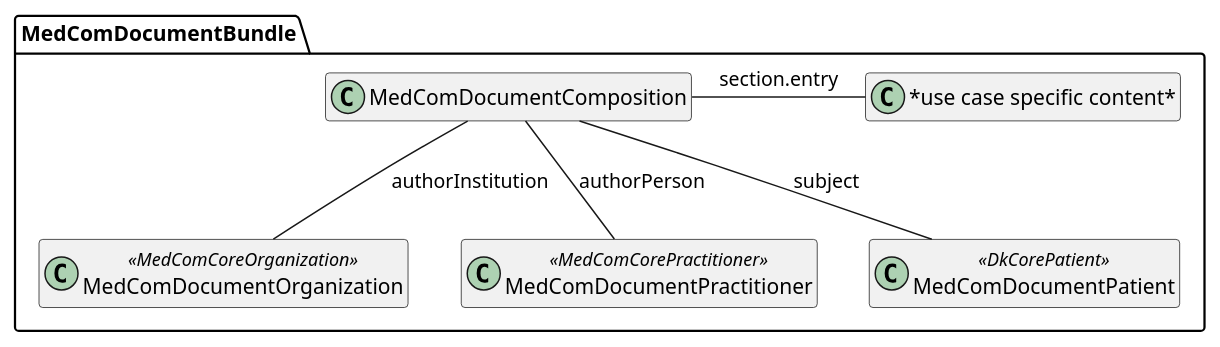
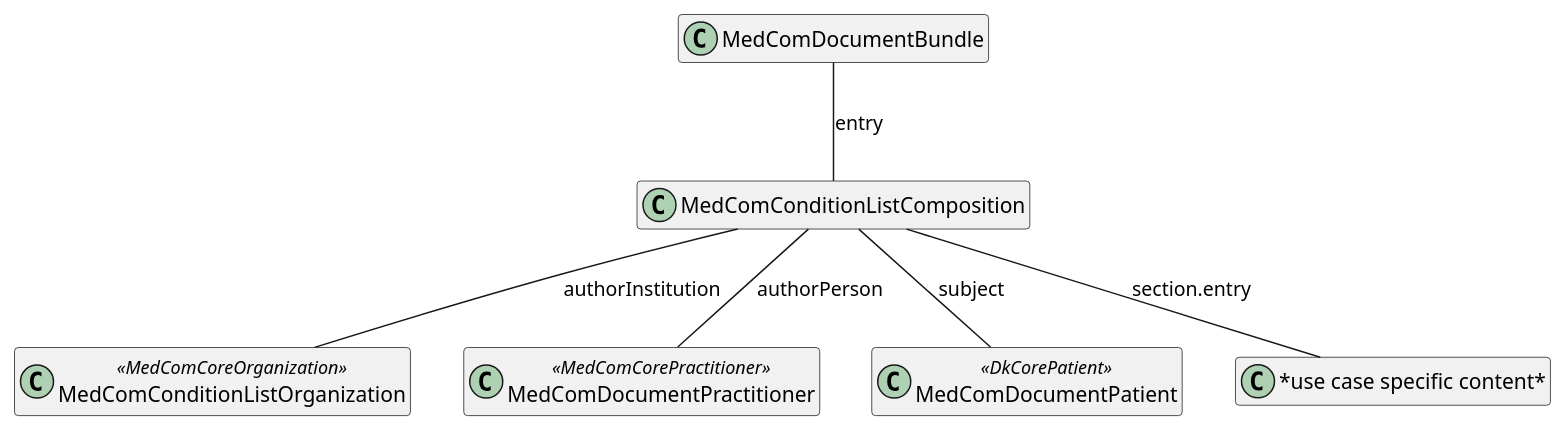
One commit to medcomdk/dk-medcom-document changed the diagram in puml/MedComDocument.puml. Above: the diagram before and after it, drawn with PlantUML. The commit also changed 3 other files, not shown here.

```diff
--- a/puml/MedComDocument.puml
+++ b/puml/MedComDocument.puml
@@ -1,22 +1,19 @@
 @startuml DocumentModel
 
 hide empty members
 
-package "MedComDocumentBundle" as document {
-    class "MedComDocumentComposition" as composition
-    class "MedComDocumentOrganization" as organization <<MedComCoreOrganization>>
-    class "MedComDocumentPractitioner" as practitioner <<MedComCorePractitioner>>
-    class "MedComDocumentPatient" as patient <<DkCorePatient>>
-    class "*use case specific content*" as clinical 
+class "MedComDocumentBundle" as document
+class "MedComConditionListComposition" as composition
+class "MedComConditionListOrganization" as organization <<MedComCoreOrganization>>
+class "MedComDocumentPractitioner" as practitioner <<MedComCorePractitioner>>
+class "MedComDocumentPatient" as patient <<DkCorePatient>>
+class "*use case specific content*" as clinical
 
-    composition -down- organization : "authorInstitution"
-    composition -down- practitioner : "authorPerson"
-    composition -down- patient : "subject"
-    composition -right- clinical : "section.entry"
-
-
-}
-
+document -- composition : "entry"
+composition -- organization : "authorInstitution"
+composition -- practitioner : "authorPerson"
+composition -- patient : "subject"
+composition -- clinical : "section.entry"
 
 
 @enduml
```
